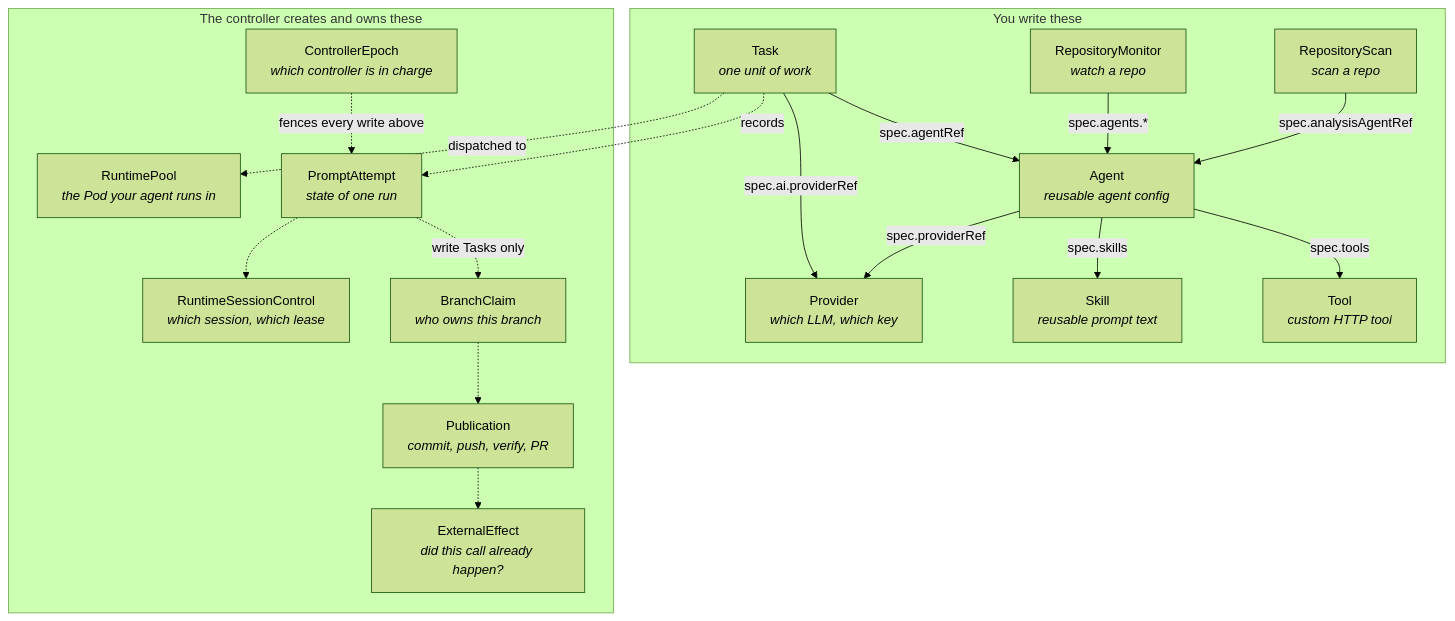
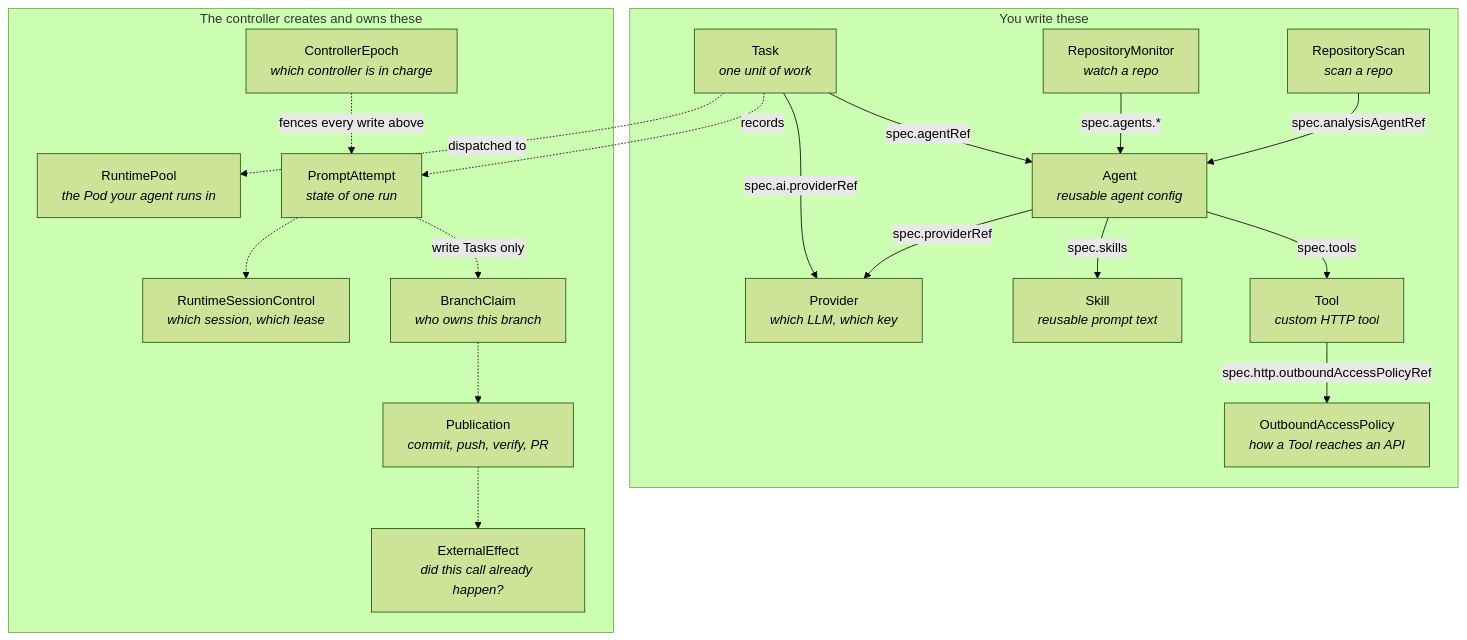
Before and after one commit to JaydipGabani/orka: the first of 3 diagrams in website/docs/concepts/architecture.md, drawn with Mermaid (forest theme). The commit also changed other lines of this file and 56 other files, not shown here.

````diff
--- a/website/docs/concepts/architecture.md
+++ b/website/docs/concepts/architecture.md
@@ -69,38 +76,40 @@
 ```mermaid
 flowchart TD
     subgraph yours["You write these"]
         Task["Task<br/><i>one unit of work</i>"]
         Agent["Agent<br/><i>reusable agent config</i>"]
         Provider["Provider<br/><i>which LLM, which key</i>"]
         Skill["Skill<br/><i>reusable prompt text</i>"]
         Tool["Tool<br/><i>custom HTTP tool</i>"]
         Monitor["RepositoryMonitor<br/><i>watch a repo</i>"]
         Scan["RepositoryScan<br/><i>scan a repo</i>"]
+        Policy["OutboundAccessPolicy<br/><i>how a Tool reaches an API</i>"]
     end
 
     subgraph owned["The controller creates and owns these"]
         Pool["RuntimePool<br/><i>the Pod your agent runs in</i>"]
         Attempt["PromptAttempt<br/><i>state of one run</i>"]
         SessionCtl["RuntimeSessionControl<br/><i>which session, which lease</i>"]
         Claim["BranchClaim<br/><i>who owns this branch</i>"]
         Pub["Publication<br/><i>commit, push, verify, PR</i>"]
         Effect["ExternalEffect<br/><i>did this call already happen?</i>"]
         Epoch["ControllerEpoch<br/><i>which controller is in charge</i>"]
     end
 
     Task -->|spec.agentRef| Agent
     Task -->|spec.ai.providerRef| Provider
     Agent -->|spec.providerRef| Provider
     Agent -->|spec.skills| Skill
     Agent -->|spec.tools| Tool
     Monitor -->|spec.agents.*| Agent
     Scan -->|spec.analysisAgentRef| Agent
+    Tool -->|spec.http.outboundAccessPolicyRef| Policy
 
     Task -.->|dispatched to| Pool
     Task -.->|records| Attempt
     Attempt -.-> SessionCtl
     Attempt -.->|write Tasks only| Claim
     Claim -.-> Pub
     Pub -.-> Effect
     Epoch -.->|fences every write above| Attempt
 ```
````
